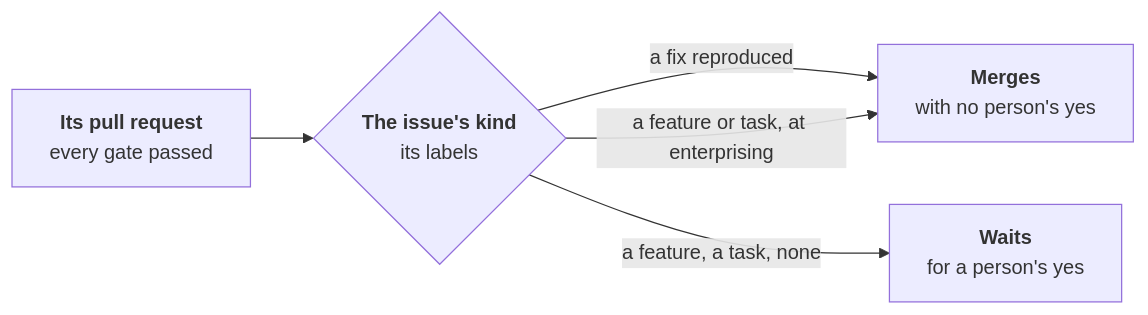
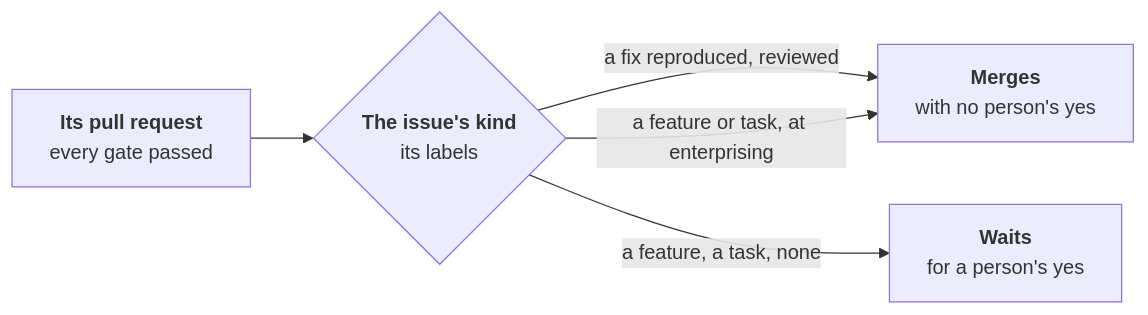
One commit to JN0V/workline changed the diagram in roles/developer/docs/merge.md. Above: the diagram before and after it, drawn with Mermaid. The commit also changed other lines of this file and 3 other files, not shown here.

First line of the commit message:
docs(merge): a fix merges alone only reviewed at its head

````diff
--- a/roles/developer/docs/merge.md
+++ b/roles/developer/docs/merge.md
@@ -12,11 +12,11 @@
 ```mermaid
 flowchart LR
   pr["<b>Its pull request</b><br/>every gate passed"]
   kind{"<b>The issue's kind</b><br/>its labels"}
   alone["<b>Merges</b><br/>with no person's yes"]
   person["<b>Waits</b><br/>for a person's yes"]
   pr --> kind
-  kind -- "a fix reproduced" --> alone
+  kind -- "a fix reproduced, reviewed" --> alone
   kind -- "a feature or task, at enterprising" --> alone
   kind -- "a feature, a task, none" --> person
 ```
````
